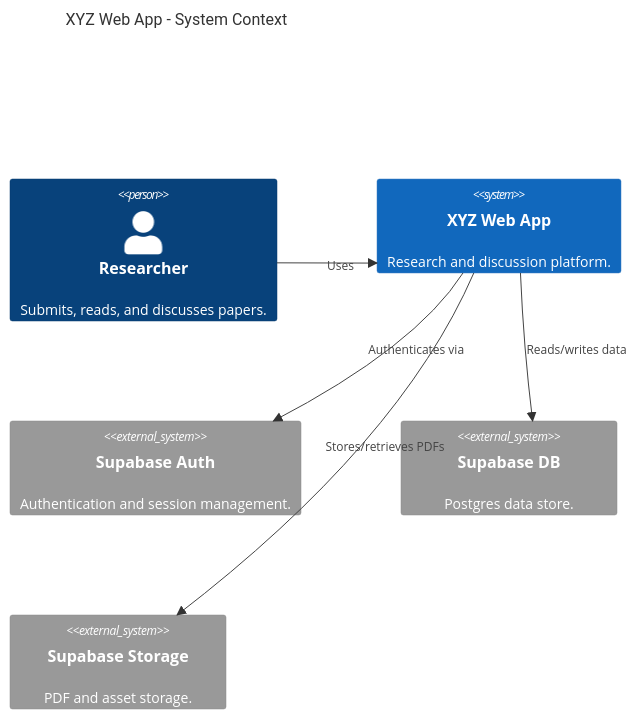
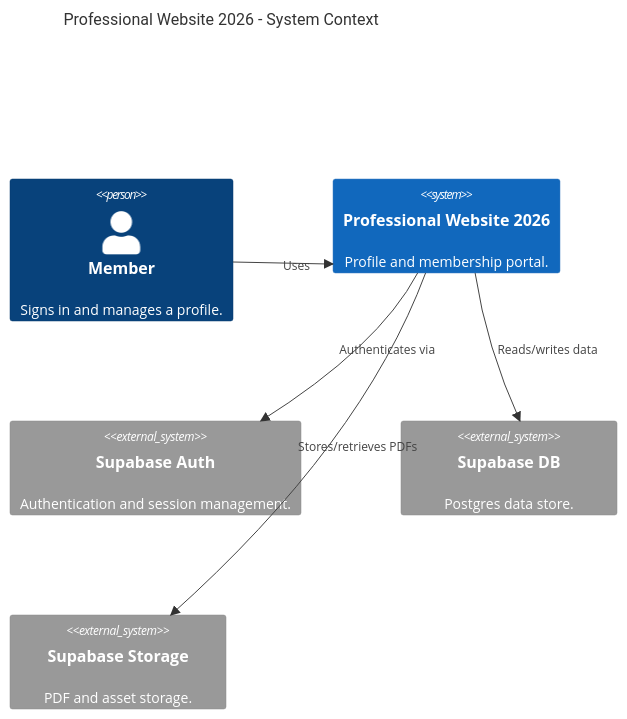
The diagram in docs/architecture/system_overview.md (mushier-rouge/professional_website_2026), drawn with Mermaid before and after one commit. The commit also changed 50 other files, not shown here.

````diff
--- a/docs/architecture/system_overview.md
+++ b/docs/architecture/system_overview.md
@@ -5,14 +5,14 @@
 ```mermaid
 C4Context
-title XYZ Web App - System Context
-Person(researcher, "Researcher", "Submits, reads, and discusses papers.")
-System(xyz, "XYZ Web App", "Research and discussion platform.")
+title Professional Website 2026 - System Context
+Person(member, "Member", "Signs in and manages a profile.")
+System(site, "Professional Website 2026", "Profile and membership portal.")
 System_Ext(supabase_auth, "Supabase Auth", "Authentication and session management.")
 System_Ext(supabase_db, "Supabase DB", "Postgres data store.")
 System_Ext(supabase_storage, "Supabase Storage", "PDF and asset storage.")
 
-Rel(researcher, xyz, "Uses")
-Rel(xyz, supabase_auth, "Authenticates via")
-Rel(xyz, supabase_db, "Reads/writes data")
-Rel(xyz, supabase_storage, "Stores/retrieves PDFs")
+Rel(member, site, "Uses")
+Rel(site, supabase_auth, "Authenticates via")
+Rel(site, supabase_db, "Reads/writes data")
+Rel(site, supabase_storage, "Stores/retrieves PDFs")
 ```
````
